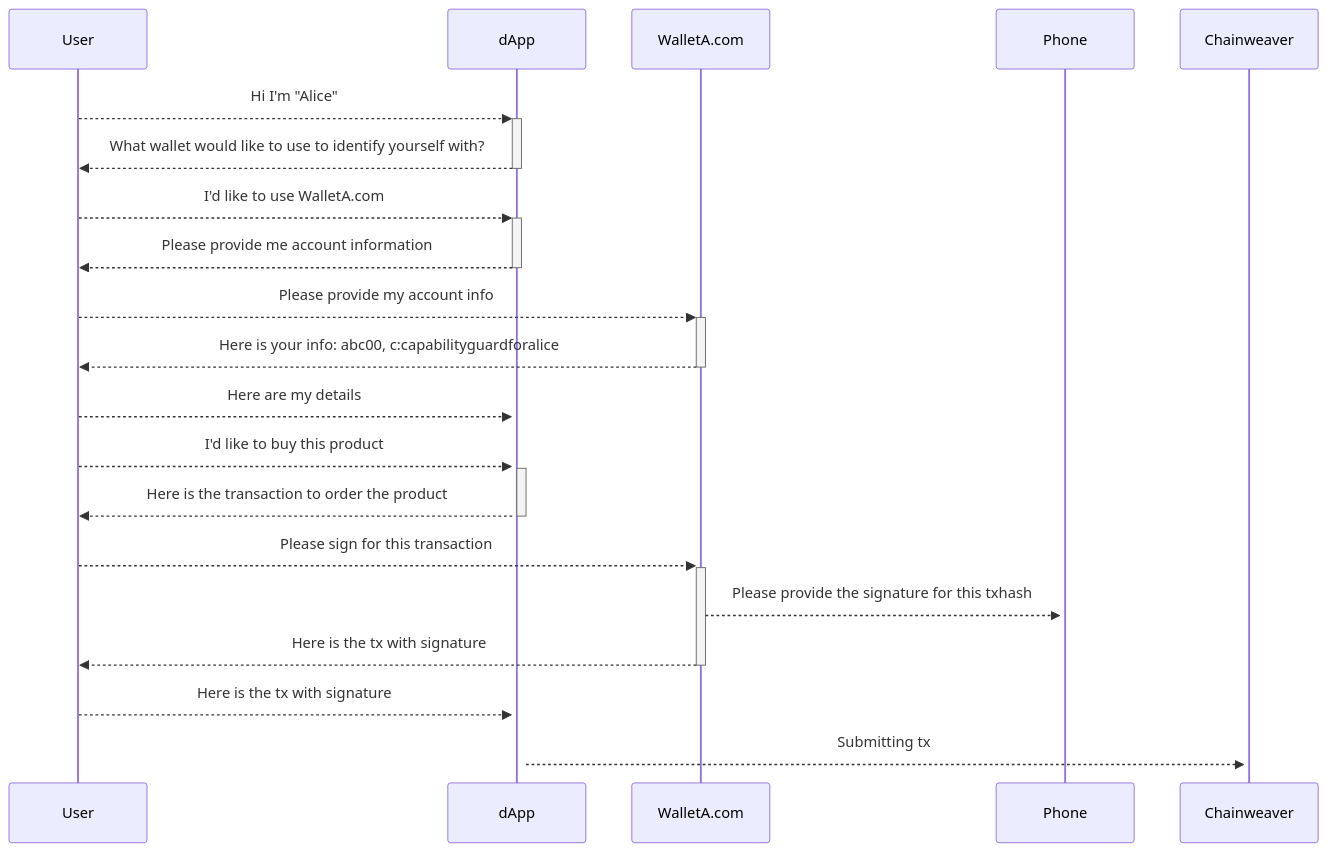
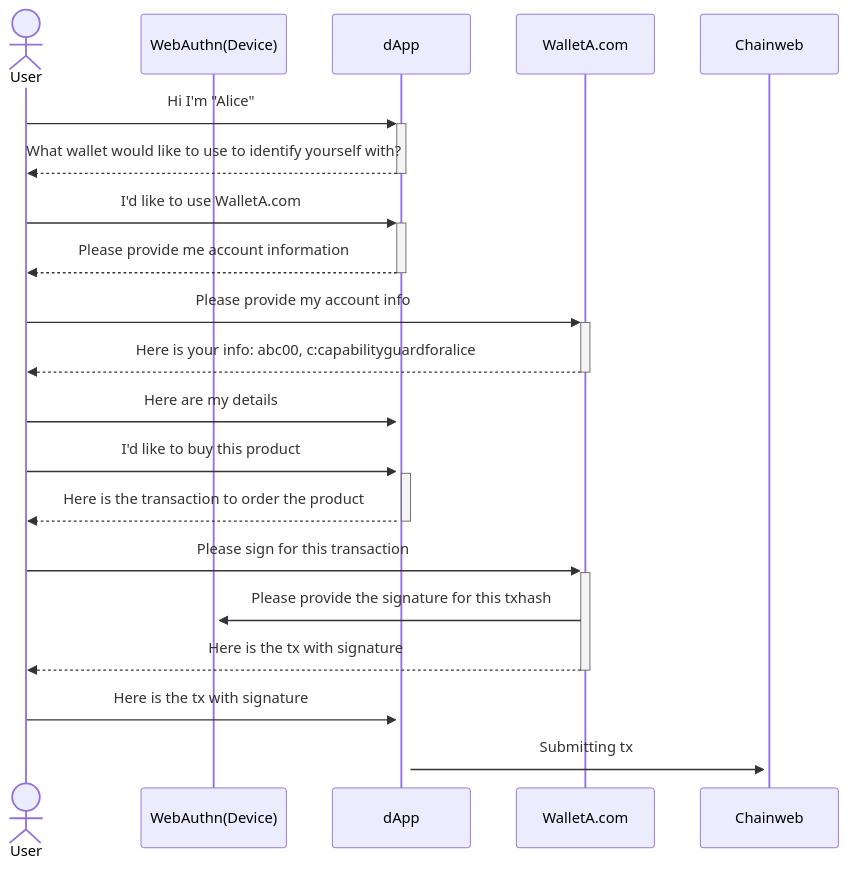
One commit to kadena-community/spirekey changed the third of 3 diagrams in README.md. Above: the diagram before and after it, drawn with Mermaid. The commit also changed other lines of this file, not shown here.

Commit message:
Update second wallet flow

````diff
--- a/README.md
+++ b/README.md
@@ -181,17 +186,23 @@
 ```mermaid
 sequenceDiagram
-  User-->>+dApp: Hi I'm "Alice"
+  actor User
+  participant WebAuthn(Device)
+  participant dApp
+  participant WalletA.com
+  participant Chainweb
+
+  User->>+dApp: Hi I'm "Alice"
   dApp-->>-User: What wallet would like to use to identify yourself with?
-  User-->>+dApp: I'd like to use WalletA.com
+  User->>+dApp: I'd like to use WalletA.com
   dApp-->>-User: Please provide me account information
-  User-->>+WalletA.com: Please provide my account info
+  User->>+WalletA.com: Please provide my account info
   WalletA.com-->>-User: Here is your info: abc00, c:capabilityguardforalice
-  User-->>+dApp: Here are my details
-  User-->>+dApp: I'd like to buy this product
+  User->>+dApp: Here are my details
+  User->>+dApp: I'd like to buy this product
   dApp-->>-User: Here is the transaction to order the product
-  User-->>+WalletA.com: Please sign for this transaction
-  WalletA.com-->>+Phone: Please provide the signature for this txhash
+  User->>+WalletA.com: Please sign for this transaction
+  WalletA.com->>+WebAuthn(Device): Please provide the signature for this txhash
   WalletA.com-->>-User: Here is the tx with signature
-  User-->>+dApp: Here is the tx with signature
-  dApp-->>+Chainweaver: Submitting tx
+  User->>+dApp: Here is the tx with signature
+  dApp->>+Chainweb: Submitting tx
 ```
````
